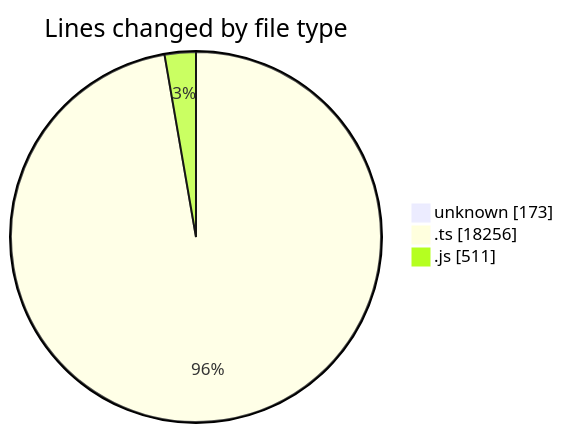
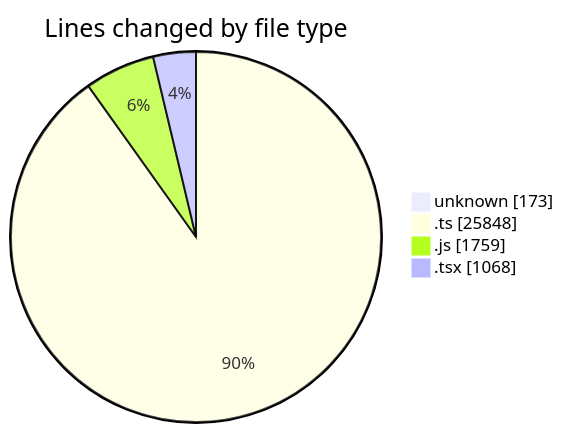
One commit to momahboobian/code-tracking changed the first of 2 diagrams in 2026-08-24/cda/README.md. Above: the diagram before and after it, drawn with Mermaid. The commit also changed other lines of this file and 1 other file, not shown here.

````diff
--- a/2026-08-24/cda/README.md
+++ b/2026-08-24/cda/README.md
@@ -31,7 +39,8 @@
 ```mermaid
 pie showData
 title Lines changed by file type
 "unknown" : 173
-".ts" : 18256
-".js" : 511
+".ts" : 25848
+".js" : 1759
+".tsx" : 1068
 ```
````
